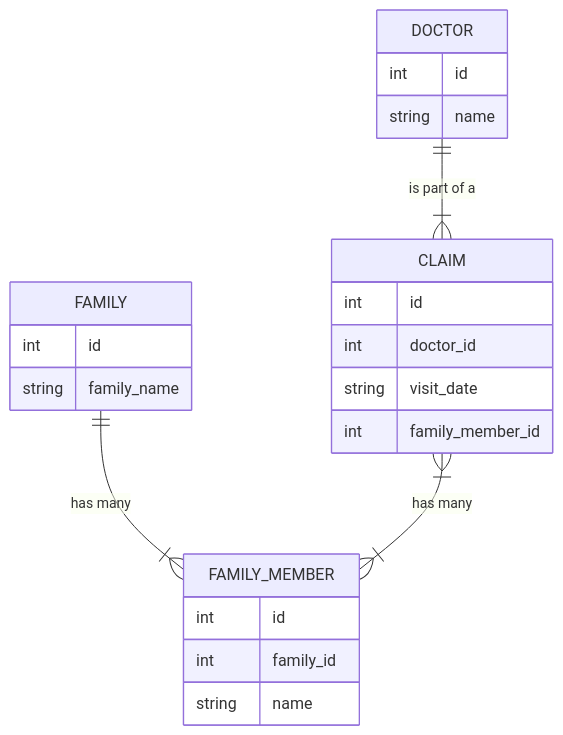
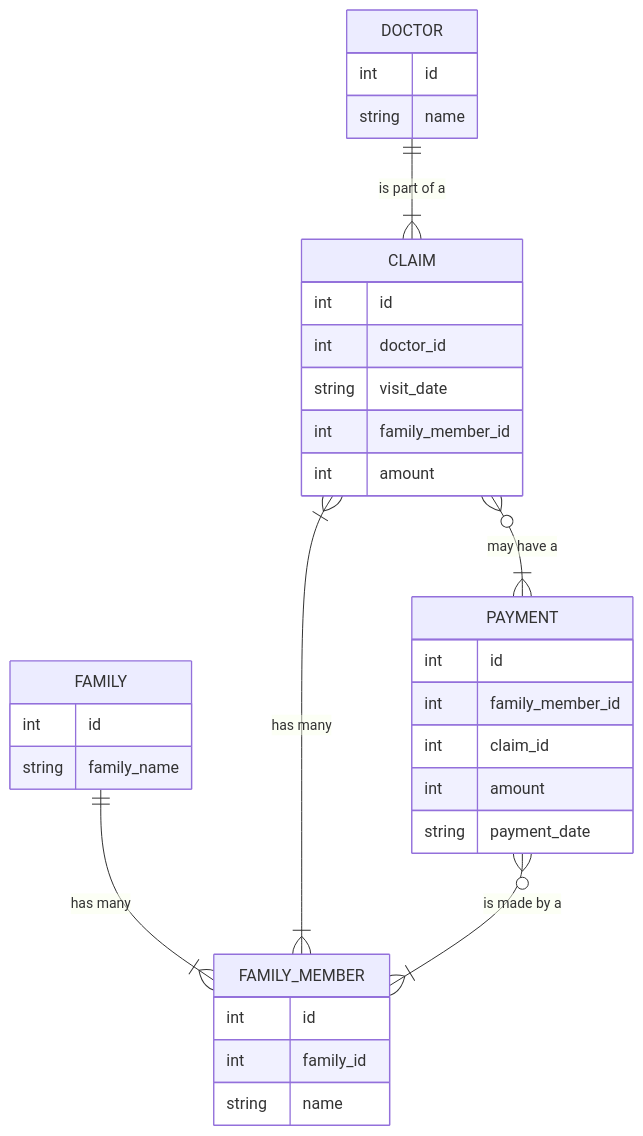
Before and after one commit to dynamoRando/kafka-family-health: the diagram in README.md, drawn with Mermaid. The commit also changed 2 other files, not shown here.

````diff
--- a/README.md
+++ b/README.md
@@ -4,25 +4,35 @@
 ```mermaid
 erDiagram
     FAMILY ||--|{ FAMILY_MEMBER : "has many"
     DOCTOR ||--|{ CLAIM : "is part of a"
     CLAIM }|--|{ FAMILY_MEMBER : "has many"
+    CLAIM }o--|{ PAYMENT : "may have a"
+    PAYMENT }o--|{ FAMILY_MEMBER: "is made by a"
     FAMILY {
         int id
         string family_name
     }
     FAMILY_MEMBER {
         int id 
         int family_id
         string name
     }
     DOCTOR {
         int id
         string name
     }
     CLAIM {
         int id
         int doctor_id
         string visit_date
         int family_member_id
+        int amount
+    }
+    PAYMENT {
+        int id
+        int family_member_id
+        int claim_id
+        int amount
+        string payment_date
     }
 ```
````
